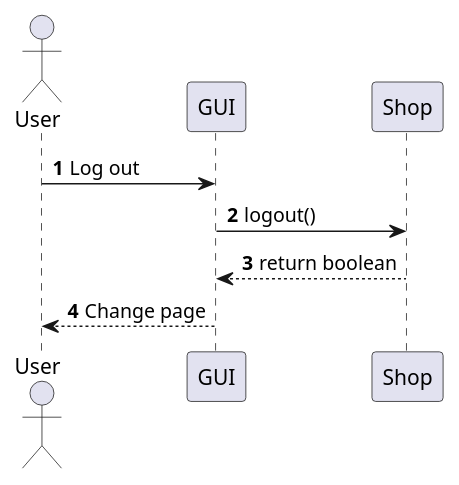
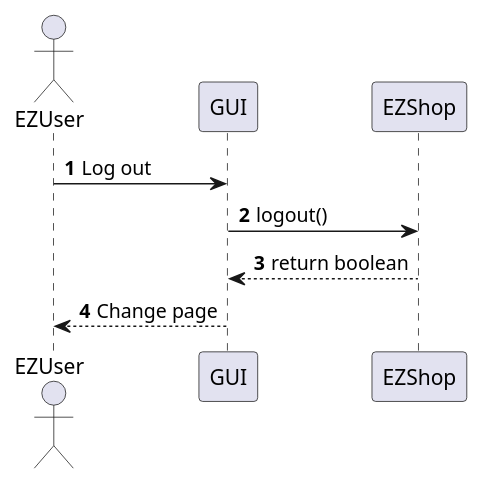
One commit to Stormz4/group20-EzShop changed diagram 16 of 24 in Deliverables/DesignDocument.md. Above: the diagram before and after it, drawn with PlantUML. The commit also changed other lines of this file and 3 other files, not shown here.

````diff
--- a/Deliverables/DesignDocument.md
+++ b/Deliverables/DesignDocument.md
@@ -614,10 +611,10 @@
 ```plantuml
 @startuml
-Actor User
+Actor EZUser
 autonumber
-User -> GUI: Log out
-GUI -> Shop: logout()
-Shop --> GUI : return boolean
-GUI --> User : Change page
+EZUser -> GUI: Log out
+GUI -> EZShop: logout()
+EZShop --> GUI : return boolean
+GUI --> EZUser : Change page
 @enduml
 ```
````
